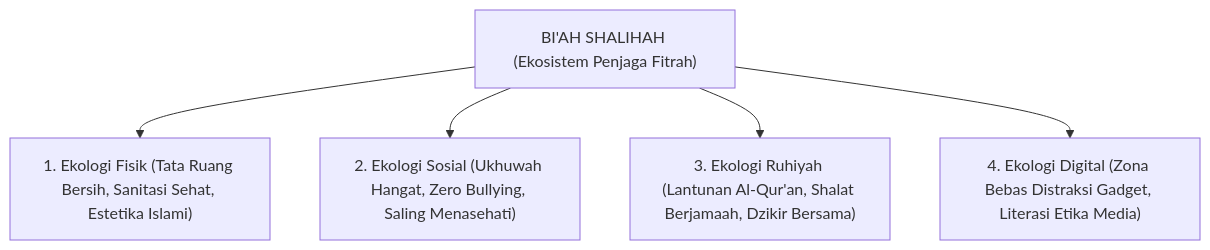
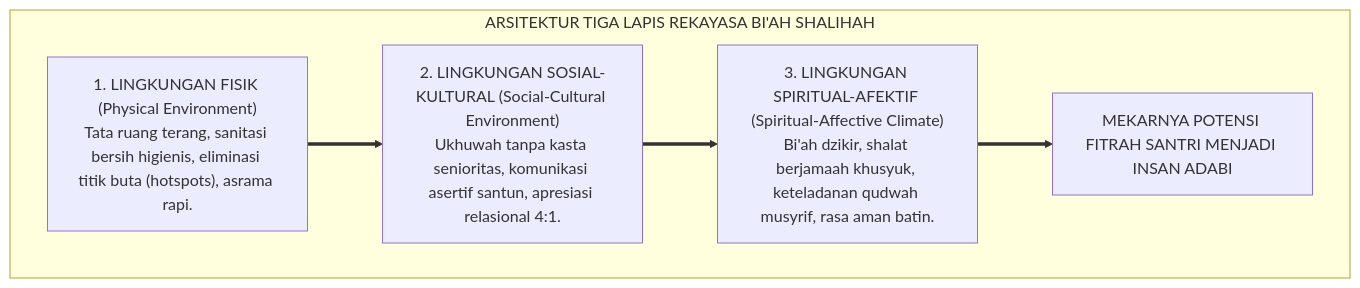
One commit to wandiapriliyandi/tumbuh changed the first of 2 diagrams in BOOK-SERIES/Volume-01/Bab-02-Ontologi-Fitrah-dan-Hakikat-Insan-Pembelajar/05-Implikasi-Ontologis-Rancangan-Biah-Shalihah.md. Above: the diagram before and after it, drawn with Mermaid. The commit also changed other lines of this file and 5 other files, not shown here.

Commit message:
docs(bab-02): selesaikan penulisan utuh seluruh Bab 02 Ontologi Fitrah & Hakikat Insan Pembelajar dengan gaya renyah, hidup, dan berorientasi arsitektur TUMBUH

````diff
--- a/BOOK-SERIES/Volume-01/Bab-02-Ontologi-Fitrah-dan-Hakikat-Insan-Pembelajar/05-Implikasi-Ontologis-Rancangan-Biah-Shalihah.md
+++ b/BOOK-SERIES/Volume-01/Bab-02-Ontologi-Fitrah-dan-Hakikat-Insan-Pembelajar/05-Implikasi-Ontologis-Rancangan-Biah-Shalihah.md
@@ -13,8 +18,12 @@
 ```mermaid
 graph TD
-    Biah["BI'AH SHALIHAH (Ekosistem Penjaga Fitrah)"]
-    Biah --> Fisik["1. Ekologi Fisik (Tata Ruang Bersih, Sanitasi Sehat, Estetika Islami)"]
-    Biah --> Sosial["2. Ekologi Sosial (Ukhuwah Hangat, Zero Bullying, Saling Menasehati)"]
-    Biah --> Ruhiyah["3. Ekologi Ruhiyah (Lantunan Al-Qur'an, Shalat Berjamaah, Dzikir Bersama)"]
-    Biah --> Digital["4. Ekologi Digital (Zona Bebas Distraksi Gadget, Literasi Etika Media)"]
+    subgraph EkologiTUMBUH["ARSITEKTUR TIGA LAPIS REKAYASA BI'AH SHALIHAH"]
+        E1["1. LINGKUNGAN FISIK (Physical Environment)<br/>Tata ruang terang, sanitasi bersih higienis, eliminasi titik buta (hotspots), asrama rapi."]
+        
+        E2["2. LINGKUNGAN SOSIAL-KULTURAL (Social-Cultural Environment)<br/>Ukhuwah tanpa kasta senioritas, komunikasi asertif santun, apresiasi relasional 4:1."]
+        
+        E3["3. LINGKUNGAN SPIRITUAL-AFEKTIF (Spiritual-Affective Climate)<br/>Bi'ah dzikir, shalat berjamaah khusyuk, keteladanan qudwah musyrif, rasa aman batin."]
+        
+        E1 ==> E2 ==> E3 ==> MekarFitrah["MEKARNYA POTENSI FITRAH SANTRI MENJADI INSAN ADABI"]
+    end
 ```
````
